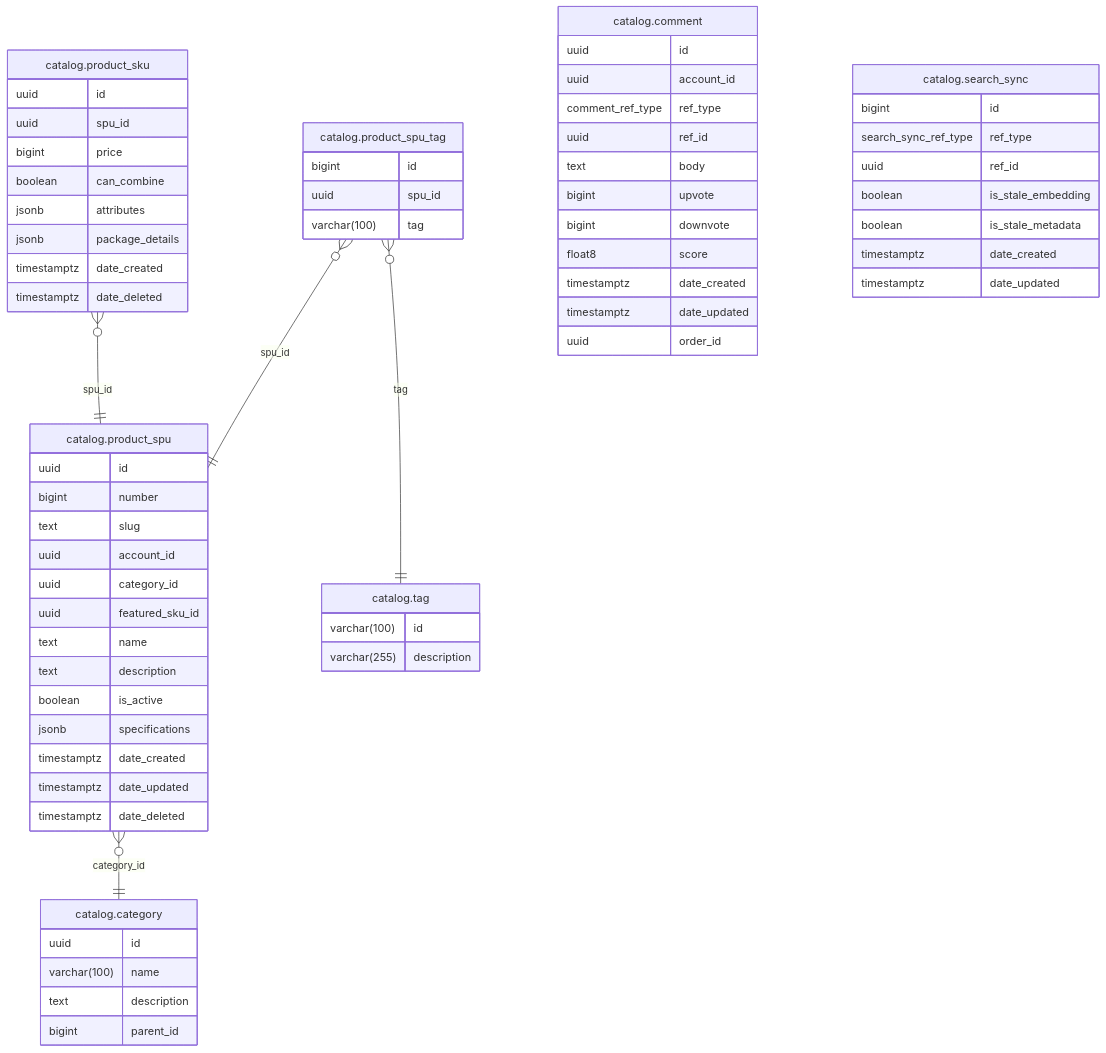
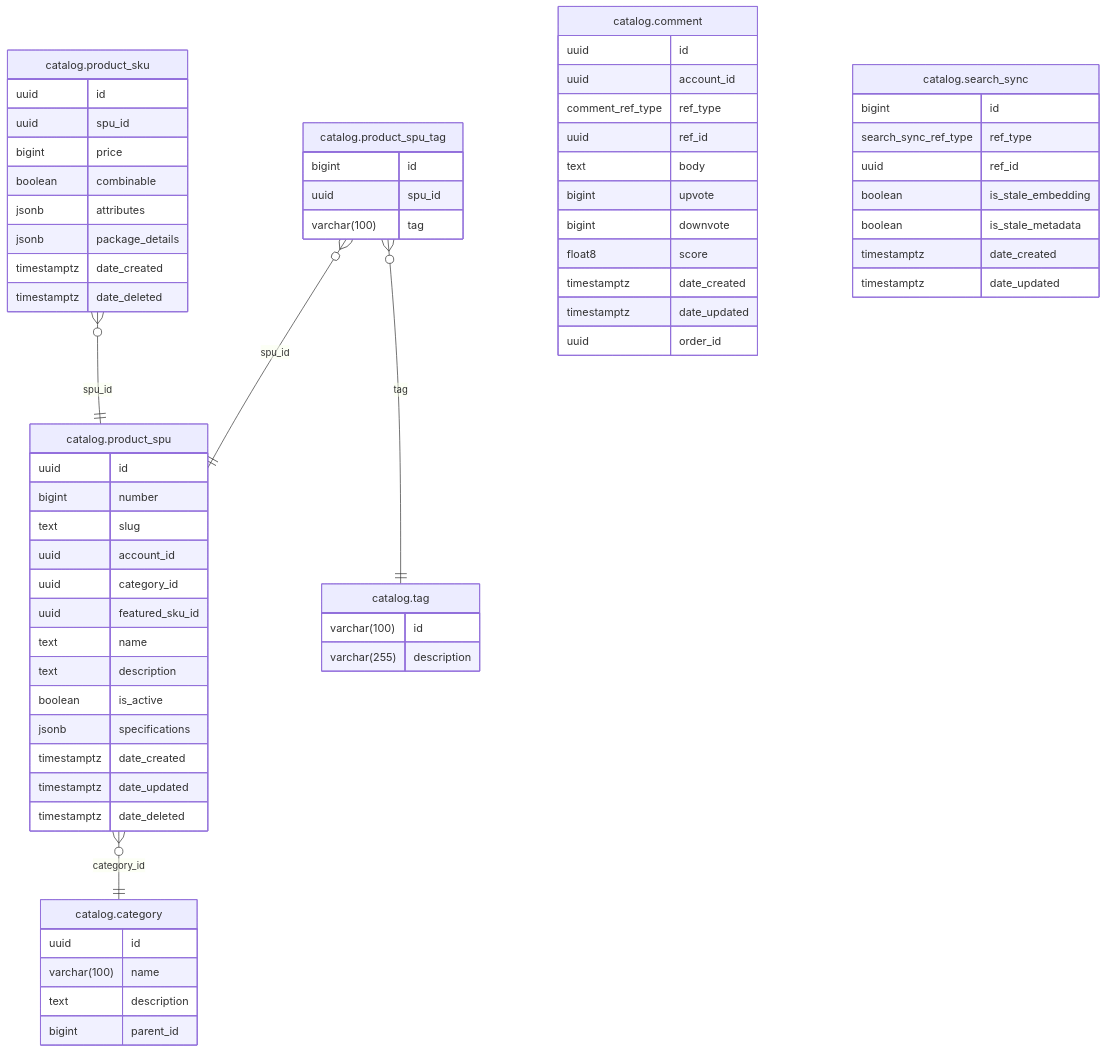
Before and after one commit to shopnexus/shopnexus-server: the diagram in internal/module/catalog/README.md, drawn with Mermaid. The commit also changed other lines of this file and 38 other files, not shown here.

Commit message:
rename can_combine to combinable, drop order.status, add transport quote, fix binder and spelling

````diff
--- a/internal/module/catalog/README.md
+++ b/internal/module/catalog/README.md
@@ -11,70 +11,70 @@
 ```mermaid
 erDiagram
 "catalog.product_spu" }o--|| "catalog.category" : "category_id"
 "catalog.product_sku" }o--|| "catalog.product_spu" : "spu_id"
 "catalog.product_spu_tag" }o--|| "catalog.product_spu" : "spu_id"
 "catalog.product_spu_tag" }o--|| "catalog.tag" : "tag"
 
 "catalog.category" {
   uuid id
   varchar(100) name
   text description
   bigint parent_id
 }
 "catalog.comment" {
   uuid id
   uuid account_id
   comment_ref_type ref_type
   uuid ref_id
   text body
   bigint upvote
   bigint downvote
   float8 score
   timestamptz date_created
   timestamptz date_updated
   uuid order_id
 }
 "catalog.product_sku" {
   uuid id
   uuid spu_id
   bigint price
-  boolean can_combine
+  boolean combinable
   jsonb attributes
   jsonb package_details
   timestamptz date_created
   timestamptz date_deleted
 }
 "catalog.product_spu" {
   uuid id
   bigint number
   text slug
   uuid account_id
   uuid category_id
   uuid featured_sku_id
   text name
   text description
   boolean is_active
   jsonb specifications
   timestamptz date_created
   timestamptz date_updated
   timestamptz date_deleted
 }
 "catalog.product_spu_tag" {
   bigint id
   uuid spu_id
   varchar(100) tag
 }
 "catalog.search_sync" {
   bigint id
   search_sync_ref_type ref_type
   uuid ref_id
   boolean is_stale_embedding
   boolean is_stale_metadata
   timestamptz date_created
   timestamptz date_updated
 }
 "catalog.tag" {
   varchar(100) id
   varchar(255) description
 }
 ```
````
